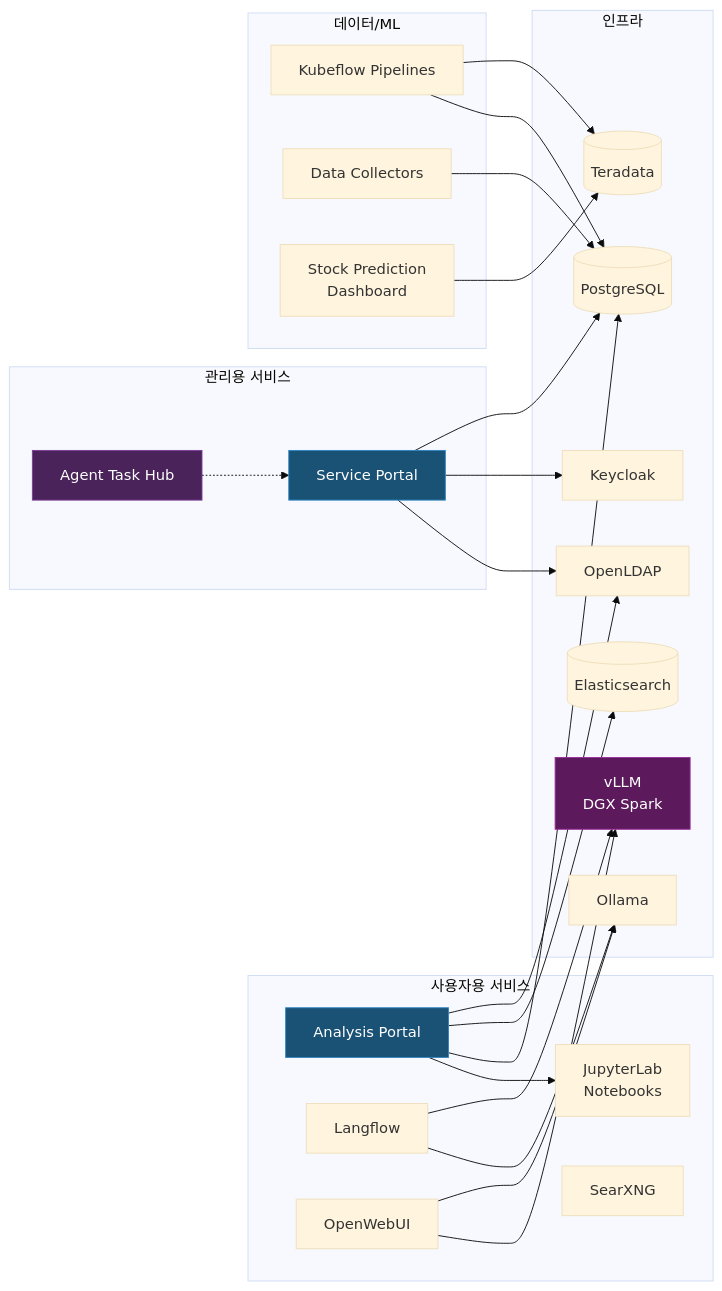
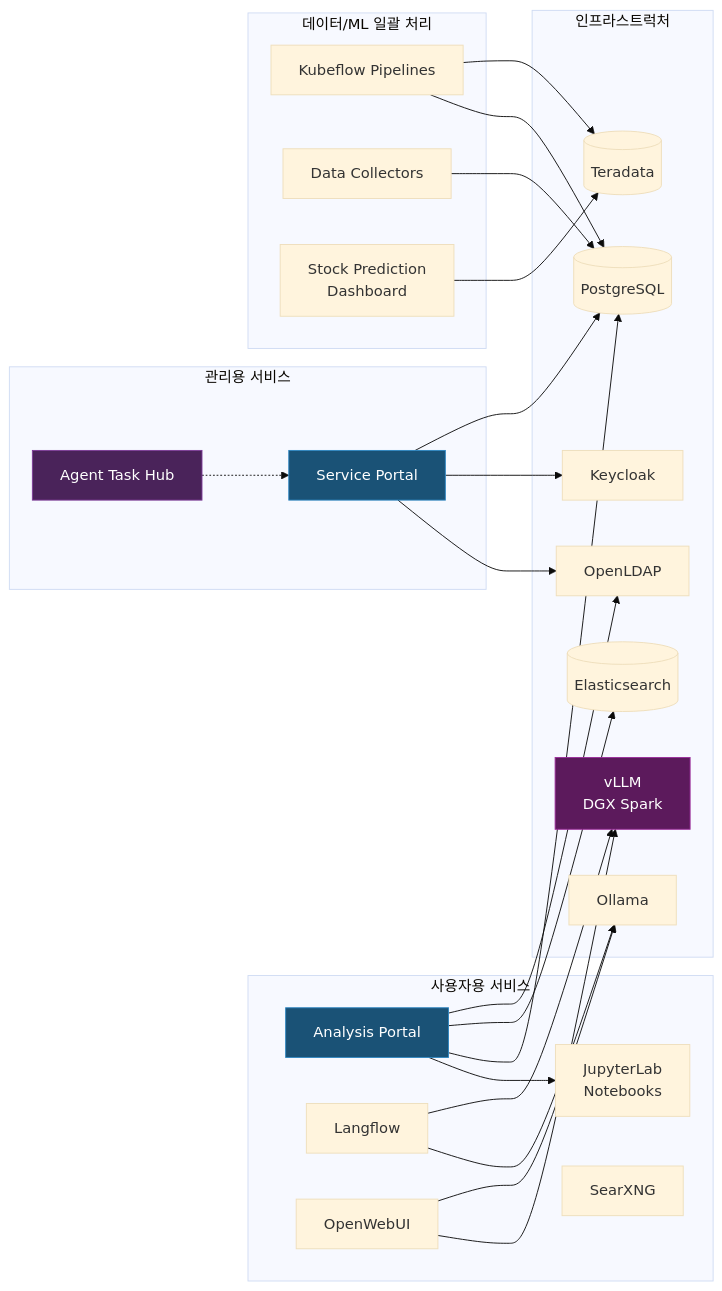
Before and after one commit to whguswka/whguswka.github.io: the diagram in _posts/2026-03-25-home-lab-services.md, drawn with Mermaid (base theme). The commit also changed other lines of this file and 3 other files, not shown here.

````diff
--- a/_posts/2026-03-25-home-lab-services.md
+++ b/_posts/2026-03-25-home-lab-services.md
@@ -177,53 +155,53 @@
 ```mermaid
 graph LR
     subgraph UserServices["사용자용 서비스"]
         AP[Analysis Portal]
         JL[JupyterLab<br/>Notebooks]
         LF[Langflow]
         OW[OpenWebUI]
         SX[SearXNG]
     end
 
     subgraph AdminServices["관리용 서비스"]
         SP[Service Portal]
         ATH[Agent Task Hub]
     end
 
-    subgraph DataML["데이터/ML"]
+    subgraph DataML["데이터/ML 일괄 처리"]
         KFP[Kubeflow Pipelines]
         COL[Data Collectors]
         STK[Stock Prediction<br/>Dashboard]
     end
 
-    subgraph Infra["인프라"]
+    subgraph Infra["인프라스트럭처"]
         PG[(PostgreSQL)]
         TD[(Teradata)]
         ES[(Elasticsearch)]
         OL[Ollama]
         VLLM[vLLM<br/>DGX Spark]
         LDAP[OpenLDAP]
         KC[Keycloak]
     end
 
     AP --> JL
     AP --> PG
     AP --> ES
     AP --> LDAP
     LF --> OL
     LF --> VLLM
     OW --> VLLM
     OW --> OL
     SP --> LDAP
     SP --> KC
     SP --> PG
     ATH -.-> SP
     KFP --> PG
     KFP --> TD
     COL --> PG
     STK --> TD
 
     style AP fill:#1a5276,stroke:#2e86c1,color:#fff
     style SP fill:#1a5276,stroke:#2e86c1,color:#fff
     style ATH fill:#4a235a,stroke:#7d3c98,color:#fff
     style VLLM fill:#5c1a5c,stroke:#9b2d9b,color:#fff
 ```
````
